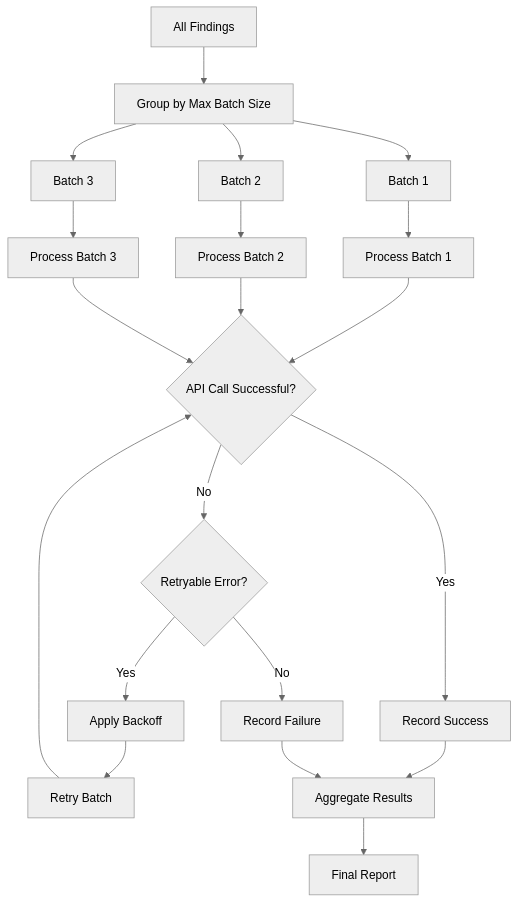
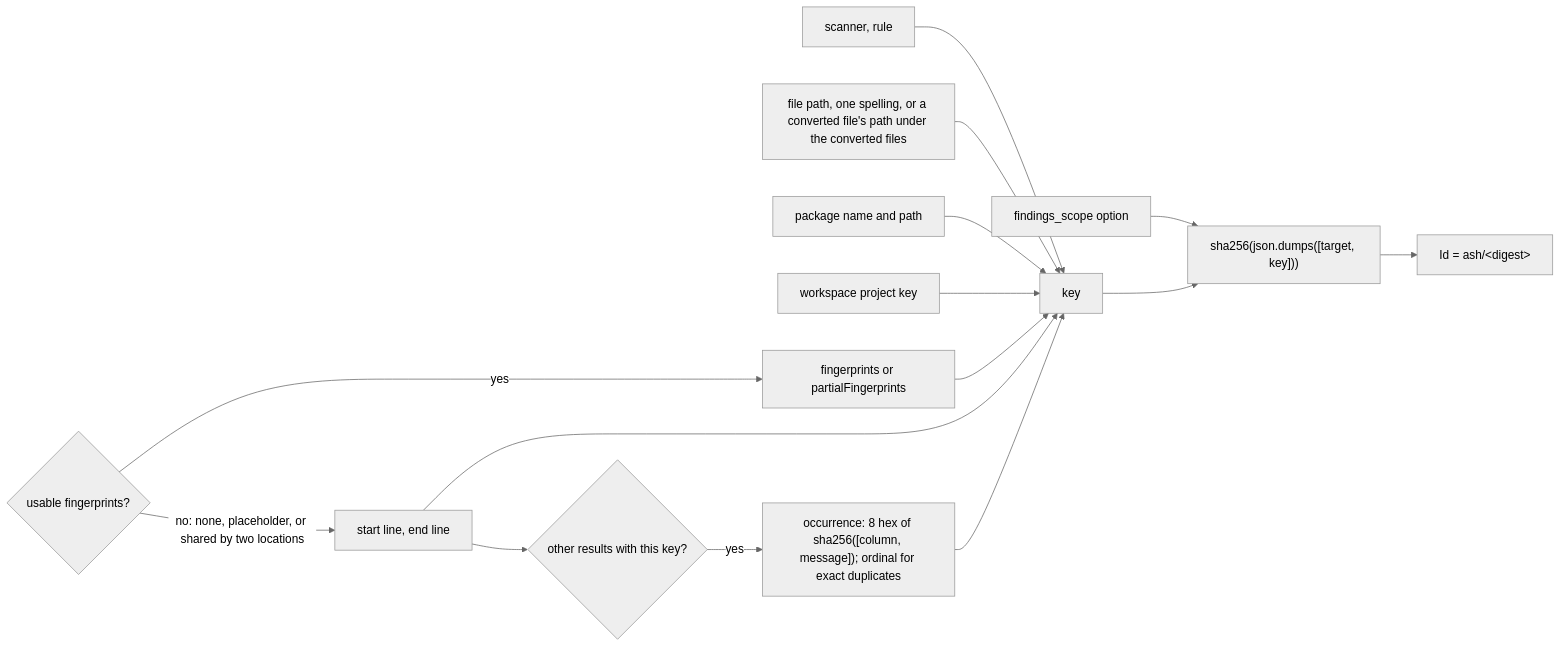
One commit to awslabs/automated-security-helper changed the second of 4 diagrams in docs/content/docs/plugins/aws/security-hub-reporter-diagrams.md. Above: the diagram before and after it, drawn with Mermaid (neutral theme). The commit also changed other lines of this file and 2834 other files, not shown here.

````diff
--- a/docs/content/docs/plugins/aws/security-hub-reporter-diagrams.md
+++ b/docs/content/docs/plugins/aws/security-hub-reporter-diagrams.md
@@ -110,30 +45,15 @@
 ```mermaid
-flowchart TD
-    A[All Findings] --> B[Group by Max Batch Size]
-
-    B --> C[Batch 1]
-    B --> D[Batch 2]
-    B --> E[Batch 3]
-
-    C --> F[Process Batch 1]
-    D --> G[Process Batch 2]
-    E --> H[Process Batch 3]
-
-    F --> I{API Call Successful?}
-    G --> I
-    H --> I
-
-    I -->|Yes| J[Record Success]
-    I -->|No| K{Retryable Error?}
-
-    K -->|Yes| L[Apply Backoff]
-    K -->|No| M[Record Failure]
-
-    L --> N[Retry Batch]
-    N --> I
-
-    J --> O[Aggregate Results]
-    M --> O
-
-    O --> P[Final Report]
+flowchart LR
+    N[findings_scope option] --> H["sha256(json.dumps([target, key]))"]
+    S[scanner, rule] --> K[key]
+    F["file path, one spelling, or a converted file's path under the converted files"] --> K
+    P[package name and path] --> K
+    W[workspace project key] --> K
+    FP{usable fingerprints?}
+    FP -->|yes| FG[fingerprints or partialFingerprints] --> K
+    FP -->|no: none, placeholder, or shared by two locations| L[start line, end line] --> K
+    L --> O{other results with this key?}
+    O -->|yes| OS["occurrence: 8 hex of sha256([column, message]); ordinal for exact duplicates"] --> K
+    K --> H
+    H --> I["Id = ash/&lt;digest&gt;"]
 ```
````
